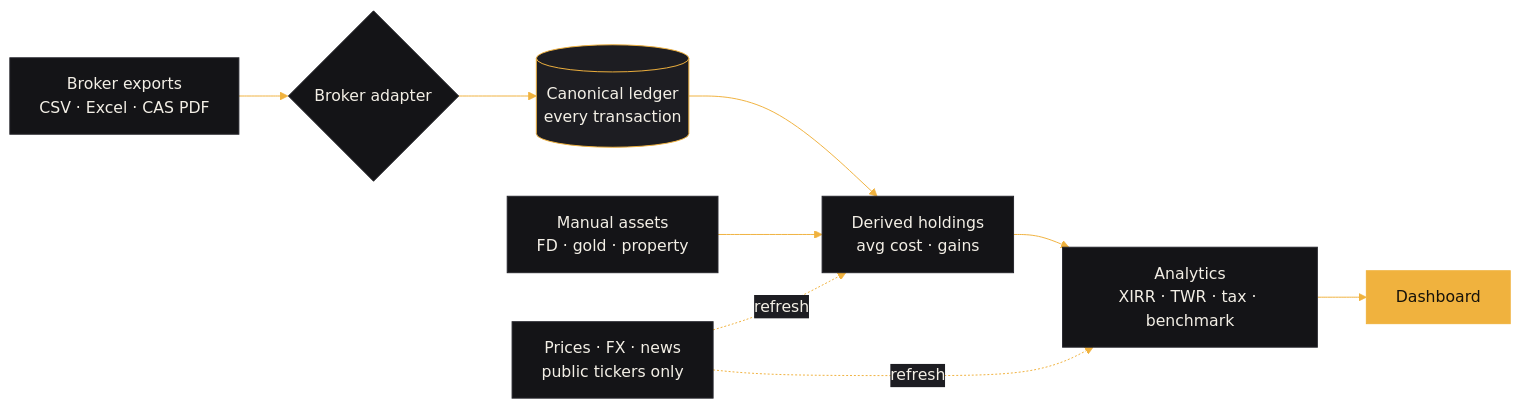
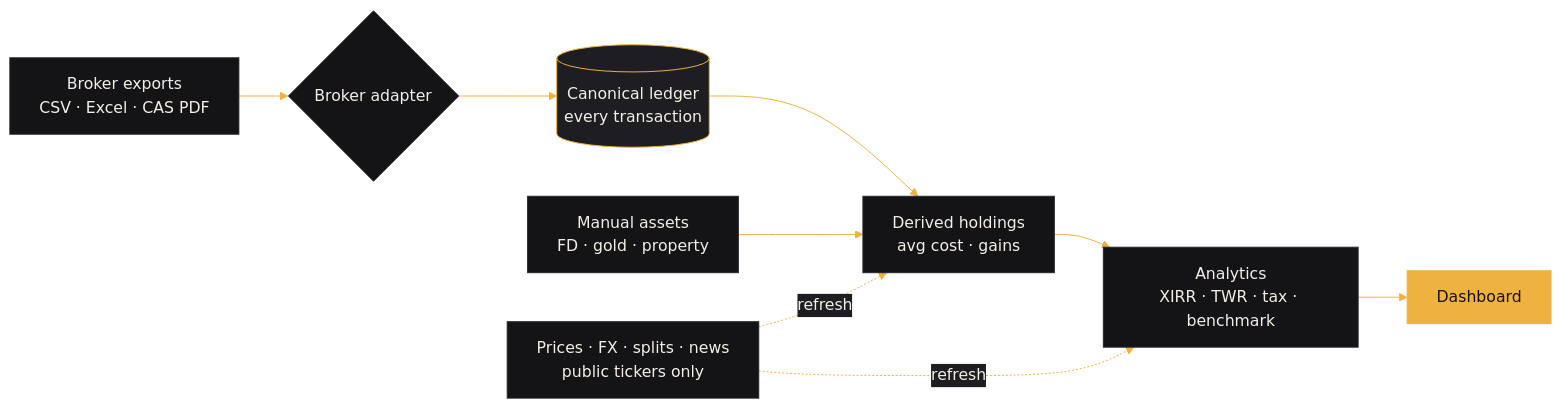
One commit to Manan-2007/Dhan_Drishti changed the first of 3 diagrams in README.md. Above: the diagram before and after it, drawn with Mermaid. The commit also changed other lines of this file, not shown here.

````diff
--- a/README.md
+++ b/README.md
@@ -29,16 +29,16 @@
 ```mermaid
 %%{init: {'theme':'base','themeVariables':{'primaryColor':'#141417','primaryTextColor':'#f3efe6','primaryBorderColor':'#26262c','lineColor':'#f0b23e','secondaryColor':'#1d1d22','tertiaryColor':'#18181c','fontFamily':'IBM Plex Sans, Segoe UI, sans-serif'}}}%%
 flowchart LR
   A["Broker exports<br/>CSV · Excel · CAS PDF"] --> B{"Broker adapter"}
   B --> C[("Canonical ledger<br/>every transaction")]
   C --> D["Derived holdings<br/>avg cost · gains"]
   D --> E["Analytics<br/>XIRR · TWR · tax · benchmark"]
   E --> F["Dashboard"]
   M["Manual assets<br/>FD · gold · property"] --> D
-  P["Prices · FX · news<br/>public tickers only"] -. refresh .-> D
+  P["Prices · FX · splits · news<br/>public tickers only"] -. refresh .-> D
   P -. refresh .-> E
   classDef accent fill:#f0b23e,stroke:#f0b23e,color:#16120a;
   classDef ledger fill:#1d1d22,stroke:#f0b23e,color:#f3efe6;
   class F accent
   class C ledger
 ```
````
